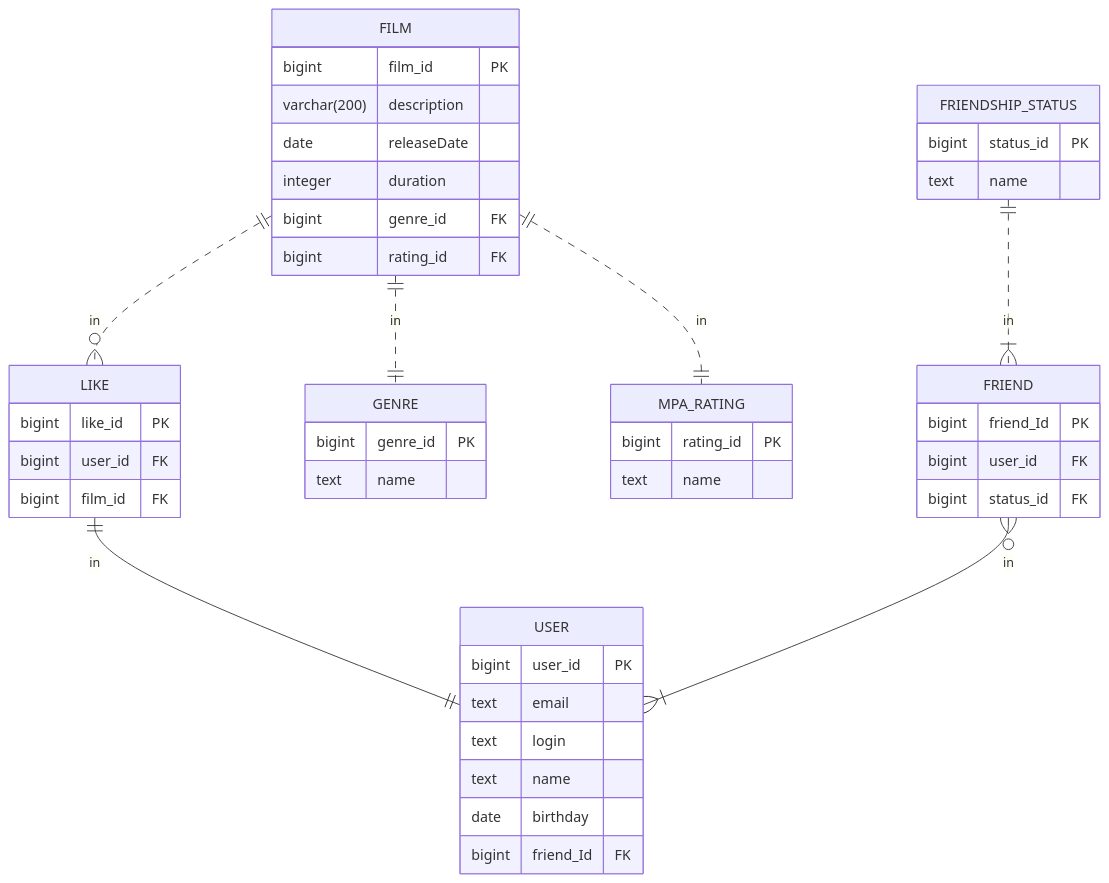
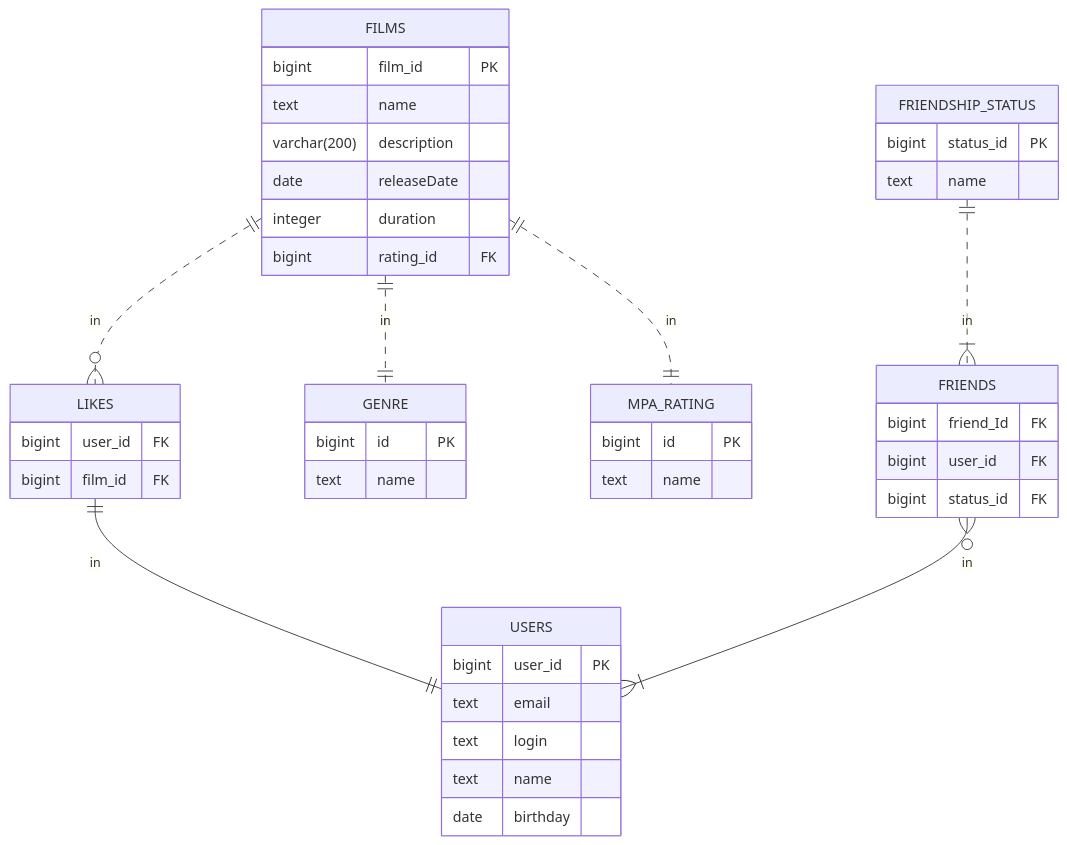
Before and after one commit to NorthenGirl/java-filmorate: the diagram in README.md, drawn with Mermaid. The commit also changed 31 other files, not shown here.

````diff
--- a/README.md
+++ b/README.md
@@ -4,49 +4,48 @@
 ```mermaid
 erDiagram
-    FILM{
+    FILMS{
         bigint film_id PK
+        text name
         varchar(200) description
         date releaseDate
         integer duration
-        bigint genre_id FK
         bigint rating_id FK
     }
-    LIKE {
-        bigint like_id PK
+    
+    
+    LIKES {
         bigint user_id FK
         bigint film_id FK
     }
     GENRE {
-        bigint genre_id PK
+        bigint id PK
         text name
     }
     MPA_RATING {
-        bigint rating_id PK
+        bigint id PK
         text name
     }
-    USER {
+    USERS {
         bigint user_id PK
         text email
         text login
         text name
         date birthday
+    }
+    FRIENDS {
         bigint friend_Id FK
-        
-    }
-    FRIEND {
-        bigint friend_Id PK
         bigint user_id FK
         bigint status_id FK
         
     }
     FRIENDSHIP_STATUS {
         bigint status_id PK
         text name
     }
-    FILM || .. o{ LIKE: in
-    FILM || .. || MPA_RATING: in
-    LIKE || -- || USER: in
-    FILM || .. || GENRE: in
-    FRIEND }o -- |{ USER: in
-    FRIENDSHIP_STATUS || .. |{ FRIEND: in
+    FILMS || .. o{ LIKES: in
+    FILMS || .. || MPA_RATING: in
+    LIKES || -- || USERS: in
+    FILMS || .. || GENRE: in
+    FRIENDS }o -- |{ USERS: in
+    FRIENDSHIP_STATUS || .. |{ FRIENDS: in
 ```
````
